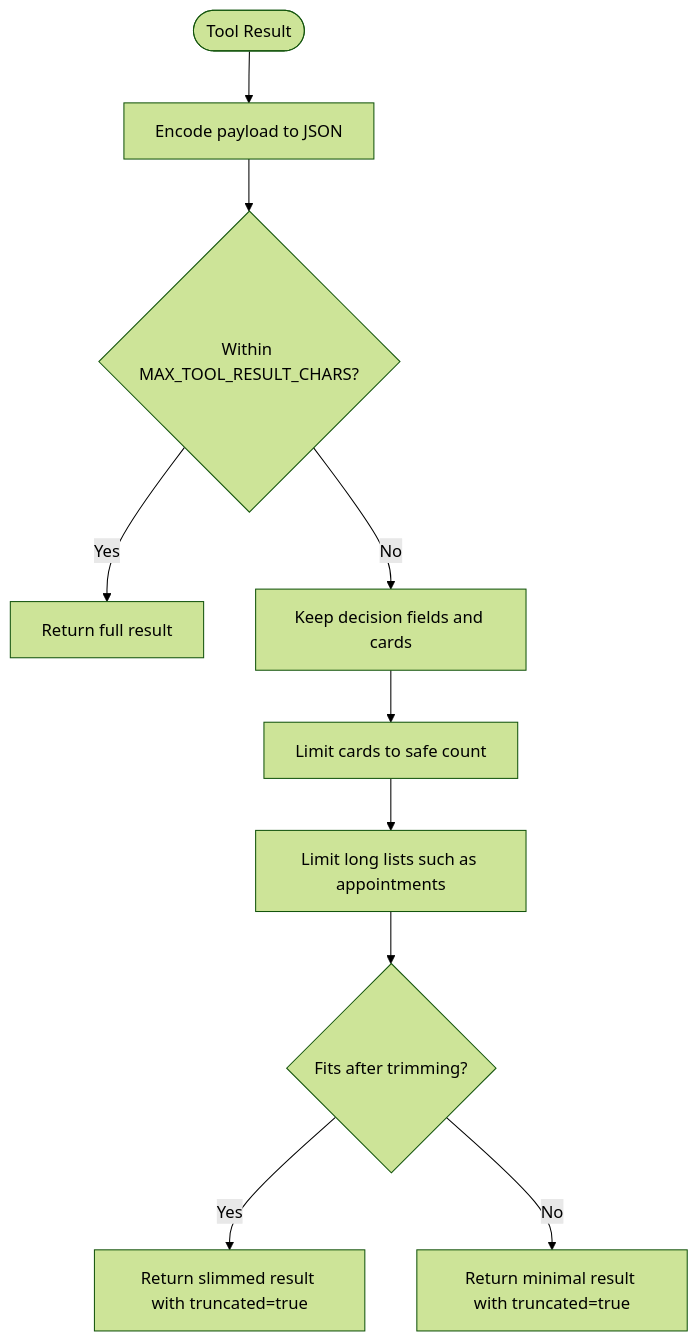
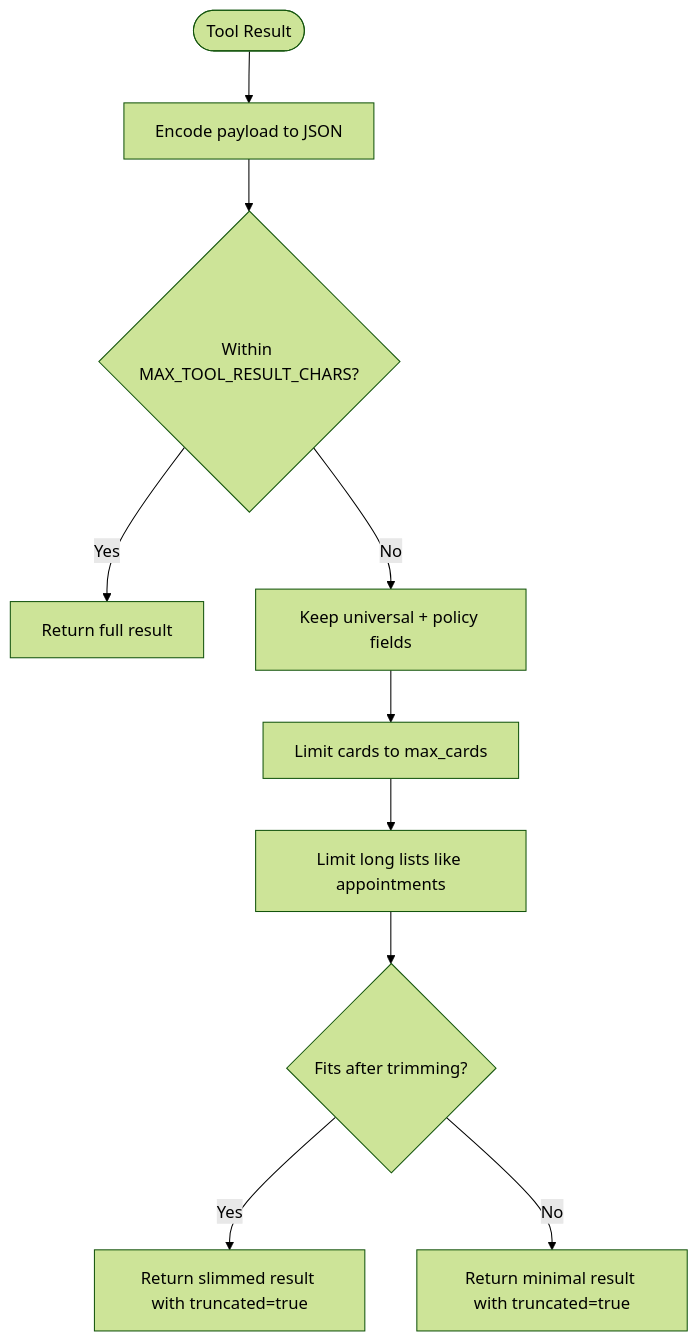
The fourth of 5 diagrams in .qoder/repowiki/en/content/AI Agent System/Tool Architecture/Tool Architecture.md (gokulkaarthicks/dental-chatbot), drawn with Mermaid (forest theme) before and after one commit. The commit also changed other lines of this file and 280 other files, not shown here.

````diff
--- a/.qoder/repowiki/en/content/AI Agent System/Tool Architecture/Tool Architecture.md
+++ b/.qoder/repowiki/en/content/AI Agent System/Tool Architecture/Tool Architecture.md
@@ -361,12 +337,12 @@
 ```mermaid
 flowchart TD
 Start(["Tool Result"]) --> Encode["Encode payload to JSON"]
 Encode --> WithinLimit{"Within MAX_TOOL_RESULT_CHARS?"}
 WithinLimit --> |Yes| ReturnFull["Return full result"]
-WithinLimit --> |No| KeepFields["Keep decision fields and cards"]
-KeepFields --> TrimCards["Limit cards to safe count"]
-TrimCards --> TrimLists["Limit long lists such as appointments"]
+WithinLimit --> |No| KeepFields["Keep universal + policy fields"]
+KeepFields --> TrimCards["Limit cards to max_cards"]
+TrimCards --> TrimLists["Limit long lists like appointments"]
 TrimLists --> Recheck{"Fits after trimming?"}
 Recheck --> |Yes| ReturnSlim["Return slimmed result with truncated=true"]
 Recheck --> |No| ReturnMinimal["Return minimal result with truncated=true"]
 ```
````
